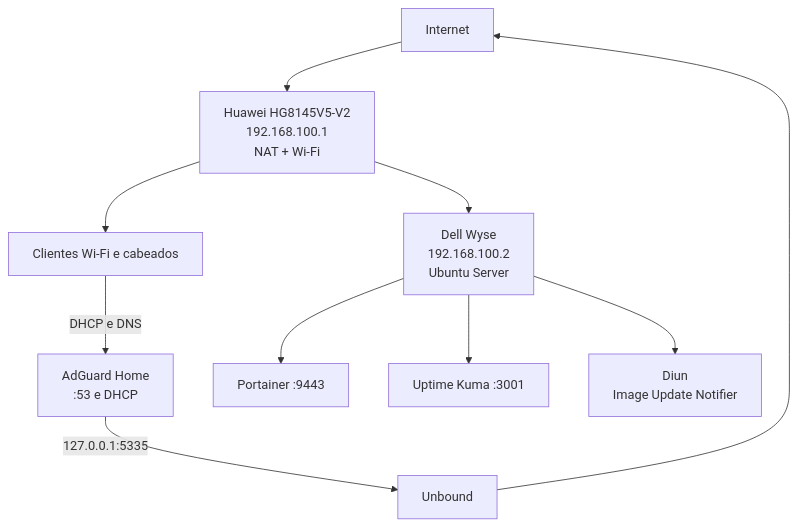
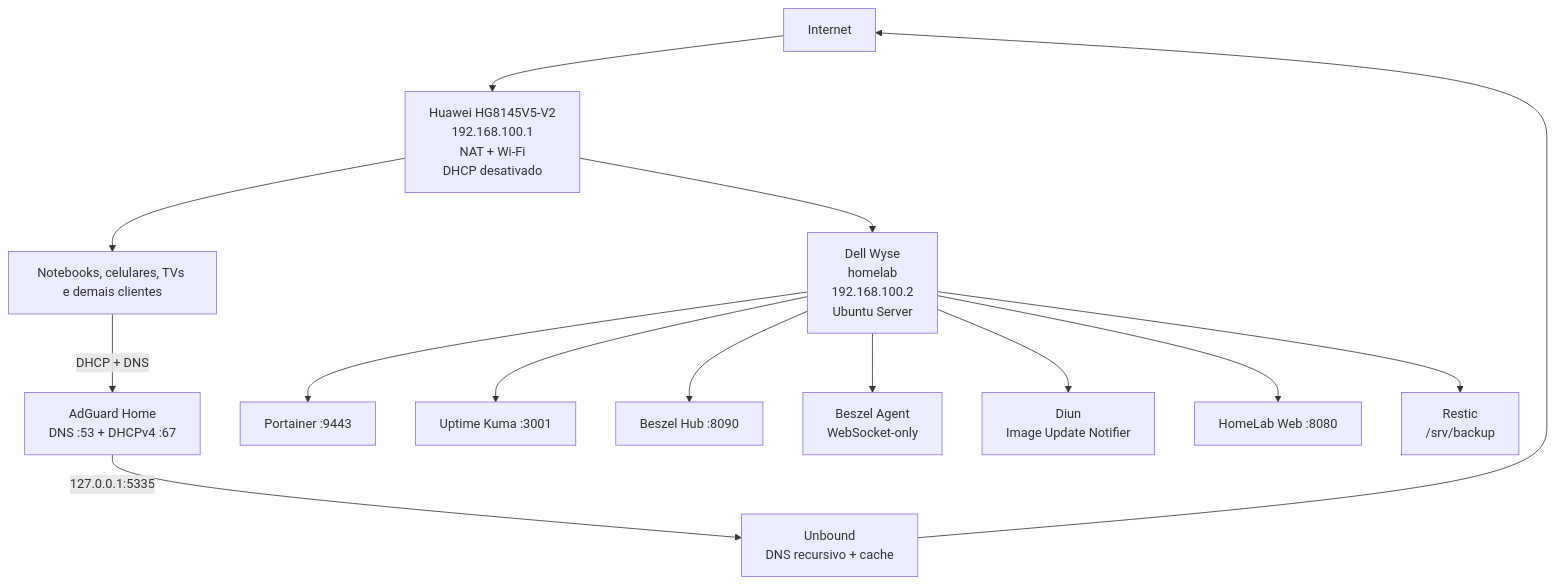
Before and after one commit to leonardodebs/homelab-infrastructure-server: the diagram in docs/00-Arquitetura.md, drawn with Mermaid. The commit also changed other lines of this file, not shown here.

````diff
--- a/docs/00-Arquitetura.md
+++ b/docs/00-Arquitetura.md
@@ -27,12 +36,16 @@
 ```mermaid
 flowchart TD
-    Internet --> Huawei[Huawei HG8145V5-V2\n192.168.100.1\nNAT + Wi-Fi]
-    Huawei --> Wyse[Dell Wyse\n192.168.100.2\nUbuntu Server]
-    Huawei --> Clientes[Clientes Wi-Fi e cabeados]
-    Clientes -->|DHCP e DNS| AdGuard[AdGuard Home\n:53 e DHCP]
-    AdGuard -->|127.0.0.1:5335| Unbound[Unbound]
+    Internet --> Huawei[Huawei HG8145V5-V2\n192.168.100.1\nNAT + Wi-Fi\nDHCP desativado]
+    Huawei --> Wyse[Dell Wyse\nhomelab\n192.168.100.2\nUbuntu Server]
+    Huawei --> Clientes[Notebooks, celulares, TVs e demais clientes]
+    Clientes -->|DHCP + DNS| AdGuard[AdGuard Home\nDNS :53 + DHCPv4 :67]
+    AdGuard -->|127.0.0.1:5335| Unbound[Unbound\nDNS recursivo + cache]
     Unbound --> Internet
     Wyse --> Portainer[Portainer :9443]
     Wyse --> Kuma[Uptime Kuma :3001]
+    Wyse --> Beszel[Beszel Hub :8090]
+    Wyse --> Agent[Beszel Agent\nWebSocket-only]
     Wyse --> Diun[Diun\nImage Update Notifier]
+    Wyse --> Portal[HomeLab Web :8080]
+    Wyse --> Backup[Restic\n/srv/backup]
 ```
````
